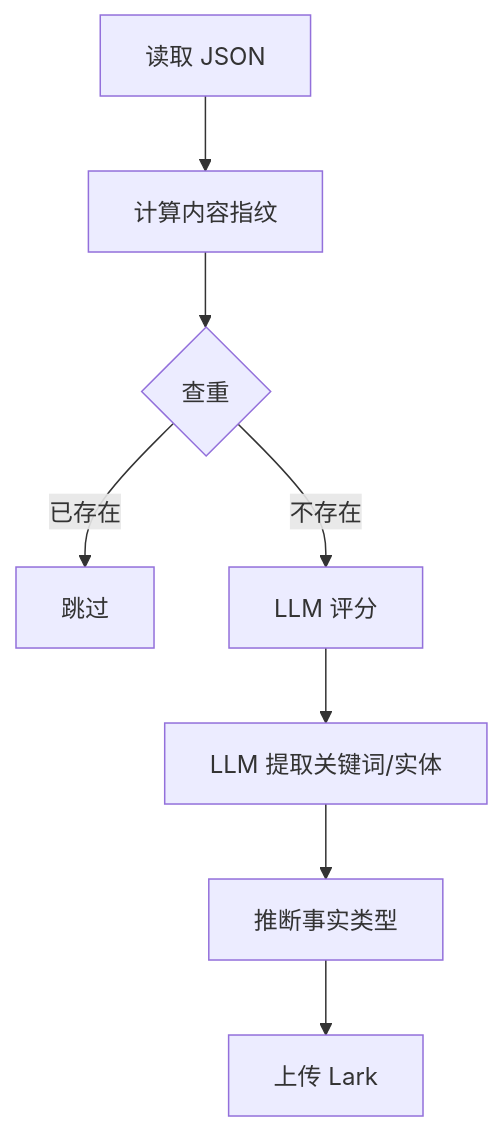
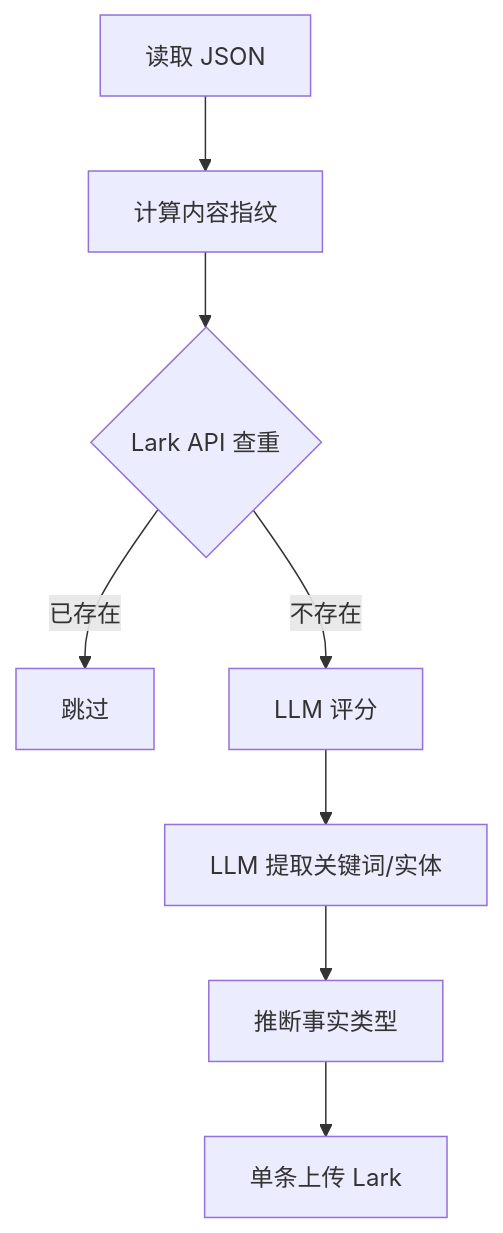
Before and after one commit to ls569333469/wenzhang001: the third of 3 diagrams in reports/design_docs/frontend_design/12-3_Manual_Lark数据清洗工具手册.md, drawn with Mermaid. The commit also changed other lines of this file and 8 other files, not shown here.

````diff
--- a/reports/design_docs/frontend_design/12-3_Manual_Lark数据清洗工具手册.md
+++ b/reports/design_docs/frontend_design/12-3_Manual_Lark数据清洗工具手册.md
@@ -102,10 +257,10 @@
 ```mermaid
 flowchart TD
     A[读取 JSON] --> B[计算内容指纹]
-    B --> C{查重}
+    B --> C{Lark API 查重}
     C -->|已存在| D[跳过]
     C -->|不存在| E[LLM 评分]
     E --> F[LLM 提取关键词/实体]
     F --> G[推断事实类型]
-    G --> H[上传 Lark]
+    G --> H[单条上传 Lark]
 ```
````
